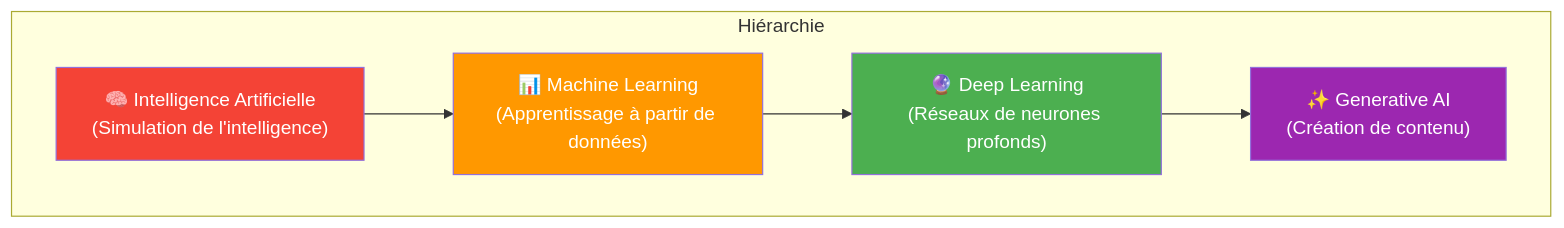
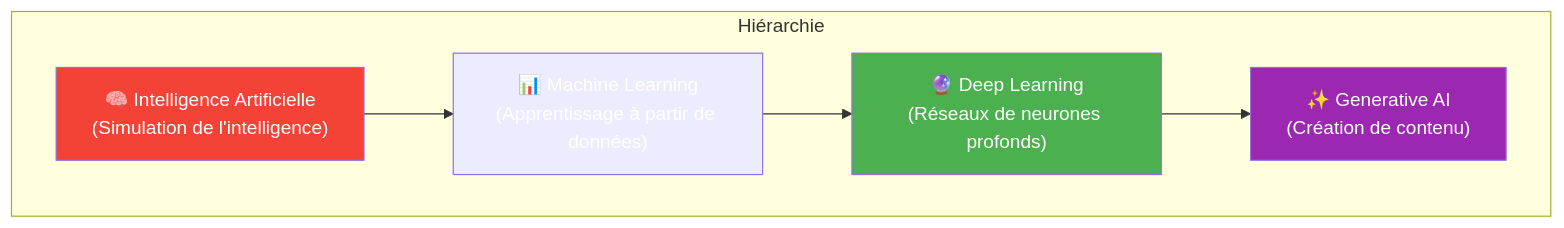
One commit to VBlackJack/ShellBook changed the fifth of 13 diagrams in docs/formations/cloud-fundamentals/10-module.md. Above: the diagram before and after it, drawn with Mermaid. The commit also changed other lines of this file and 337 other files, not shown here.

First line of the commit message:
refactor(docs): Standardize code blocks and Mermaid colors

````diff
--- a/docs/formations/cloud-fundamentals/10-module.md
+++ b/docs/formations/cloud-fundamentals/10-module.md
@@ -190,16 +190,16 @@
 ```mermaid
 graph TB
     subgraph "Hiérarchie"
         AI["🧠 Intelligence Artificielle<br/>(Simulation de l'intelligence)"]
         ML["📊 Machine Learning<br/>(Apprentissage à partir de données)"]
         DL["🔮 Deep Learning<br/>(Réseaux de neurones profonds)"]
         GENAI["✨ Generative AI<br/>(Création de contenu)"]
     end
 
     AI --> ML --> DL --> GENAI
 
     style AI fill:#f44336,color:#fff
-    style ML fill:#ff9800,color:#fff
+    style ML fill:#FF9800800800,color:#fff
     style DL fill:#4caf50,color:#fff
     style GENAI fill:#9c27b0,color:#fff
 ```
````
